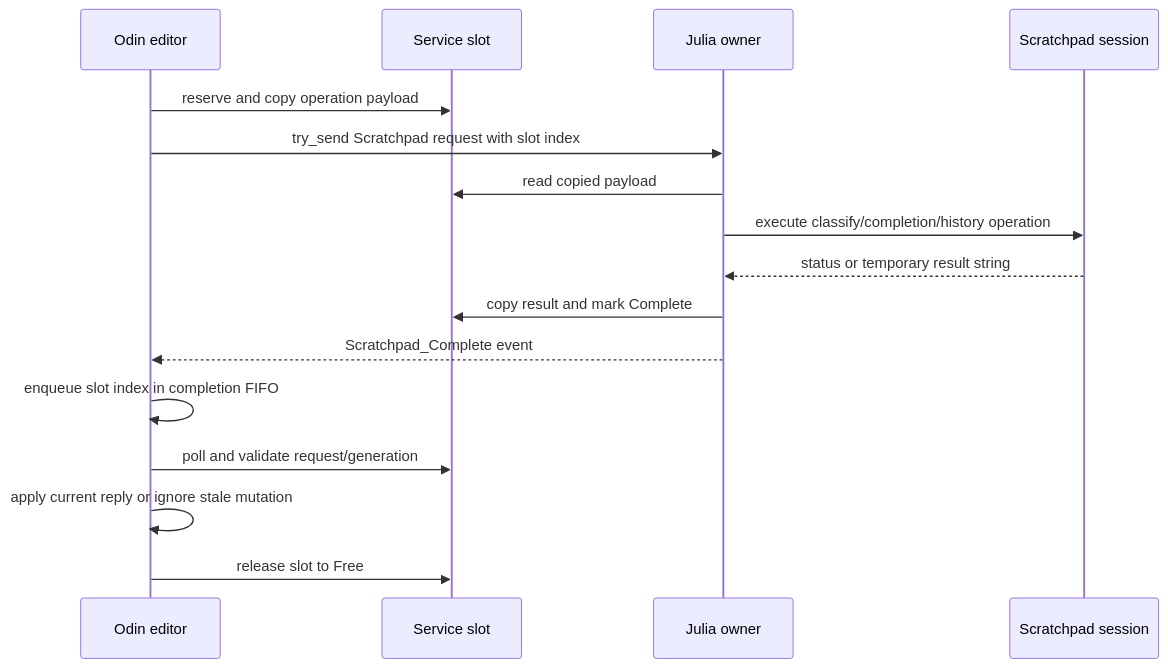
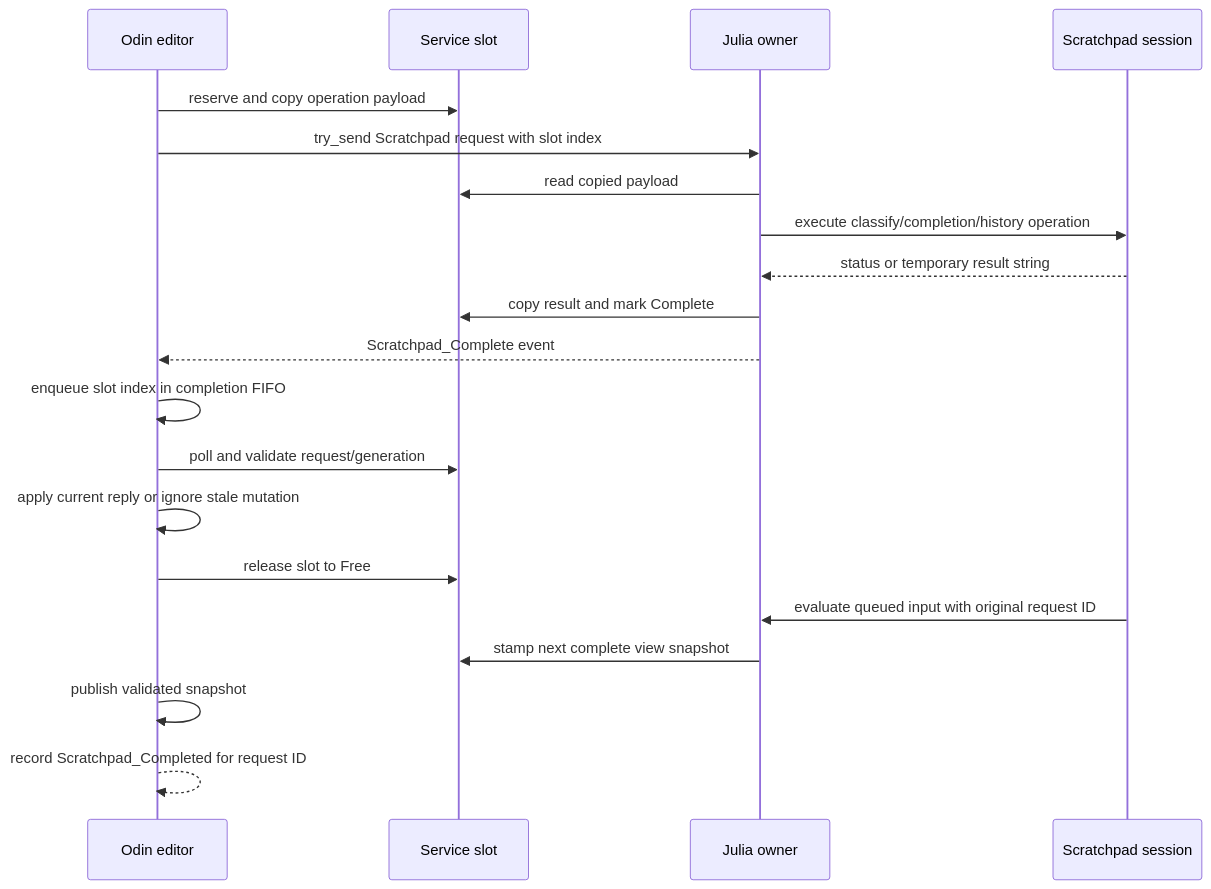
Before and after one commit to derekshoneycutt/Euclid: the second of 3 diagrams in docs/wiki/Guides/ScratchpadArchitecture.md, drawn with Mermaid. The commit also changed other lines of this file and 46 other files, not shown here.

````diff
--- a/docs/wiki/Guides/ScratchpadArchitecture.md
+++ b/docs/wiki/Guides/ScratchpadArchitecture.md
@@ -240,19 +240,23 @@
 ```mermaid
 sequenceDiagram
     participant U as Odin editor
     participant S as Service slot
     participant O as Julia owner
     participant J as Scratchpad session
 
     U->>S: reserve and copy operation payload
     U->>O: try_send Scratchpad request with slot index
     O->>S: read copied payload
     O->>J: execute classify/completion/history operation
     J-->>O: status or temporary result string
     O->>S: copy result and mark Complete
     O-->>U: Scratchpad_Complete event
     U->>U: enqueue slot index in completion FIFO
     U->>S: poll and validate request/generation
     U->>U: apply current reply or ignore stale mutation
     U->>S: release slot to Free
+    J->>O: evaluate queued input with original request ID
+    O->>S: stamp next complete view snapshot
+    U->>U: publish validated snapshot
+    U-->>U: record Scratchpad_Completed for request ID
 ```
````
